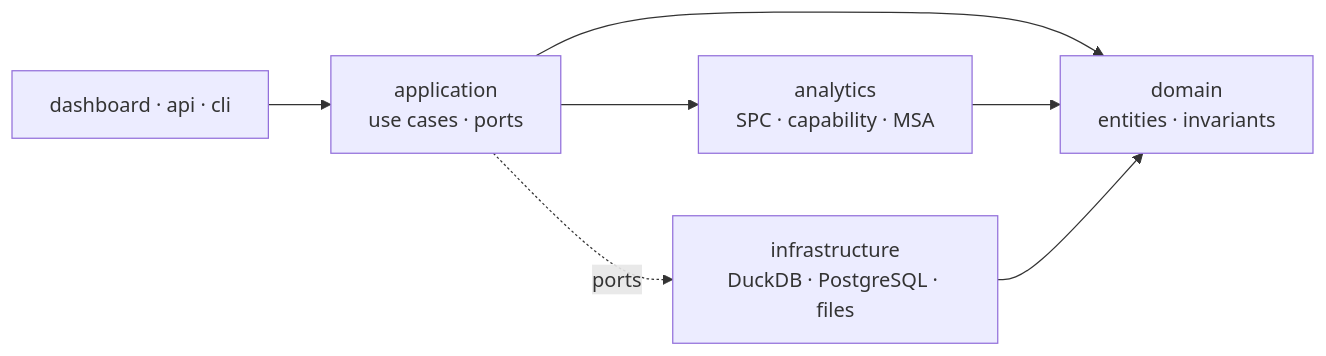
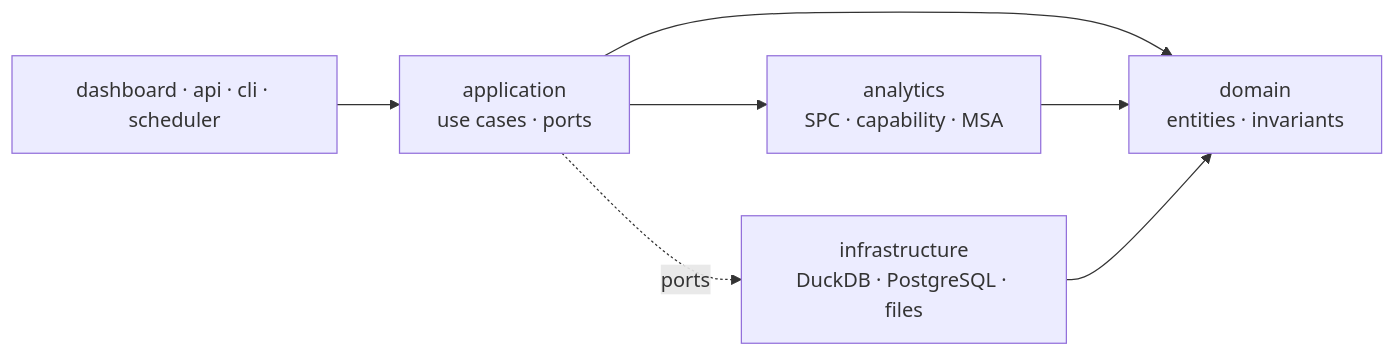
The diagram in README.md (Kikanmened/SPC_Process_Monitoring_System), drawn with Mermaid before and after one commit. The commit also changed other lines of this file and 4 other files, not shown here.

````diff
--- a/README.md
+++ b/README.md
@@ -122,9 +173,9 @@
 ```mermaid
 graph LR
-    UI[dashboard · api · cli] --> APP[application<br/>use cases · ports]
+    UI[dashboard · api · cli · scheduler] --> APP[application<br/>use cases · ports]
     APP --> DOM[domain<br/>entities · invariants]
     APP --> ANA[analytics<br/>SPC · capability · MSA]
     ANA --> DOM
     APP -.ports.-> INF[infrastructure<br/>DuckDB · PostgreSQL · files]
     INF --> DOM
 ```
````
